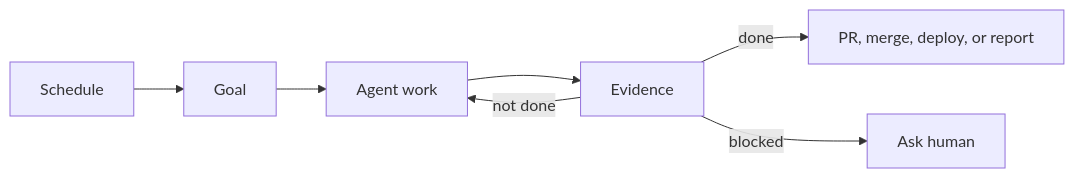
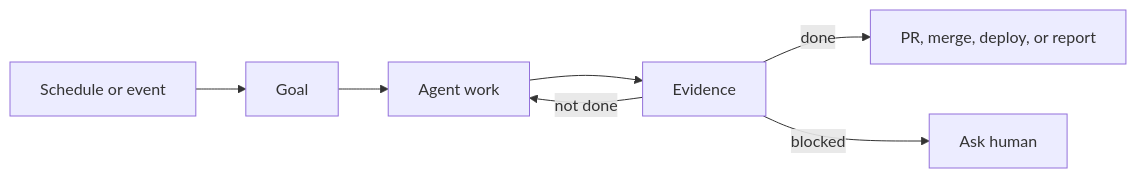
Before and after one commit to owainlewis/youtube-tutorials: the diagram in tutorials/agent-goals-and-loops/LESSON.md, drawn with Mermaid. The commit also changed other lines of this file, not shown here.

````diff
--- a/tutorials/agent-goals-and-loops/LESSON.md
+++ b/tutorials/agent-goals-and-loops/LESSON.md
@@ -331,9 +232,9 @@
 ```mermaid
 flowchart LR
-  A["Schedule"] --> B["Goal"]
+  A["Schedule or event"] --> B["Goal"]
   B --> C["Agent work"]
   C --> D["Evidence"]
   D -->|"done"| E["PR, merge, deploy, or report"]
   D -->|"not done"| C
   D -->|"blocked"| F["Ask human"]
 ```
````
